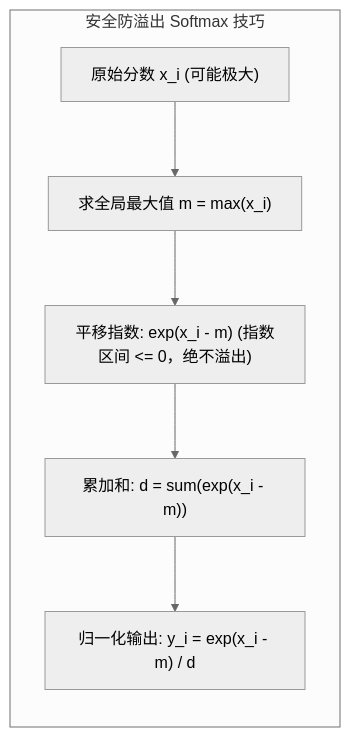
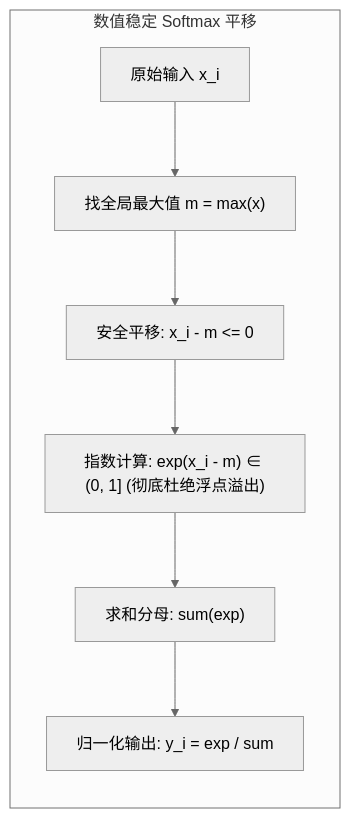
Before and after one commit to hsthanb4/hpclearning: the first of 2 diagrams in cuda/lesson06_softmax_naive.qmd, drawn with Mermaid (neutral theme). The commit also changed other lines of this file and 89 other files, not shown here.

Commit message:
style(docs): relocate images and diagrams adjacent to their textual references across all lessons

````diff
--- a/cuda/lesson06_softmax_naive.qmd
+++ b/cuda/lesson06_softmax_naive.qmd
@@ -30,10 +38,10 @@
 ```{mermaid}
 flowchart LR
-    subgraph StableSoftmax["安全防溢出 Softmax 技巧"]
-        direction TB
-        Raw["原始分数 x_i (可能极大)"] --> Max["求全局最大值 m = max(x_i)"]
-        Max --> Shift["平移指数: exp(x_i - m) (指数区间 <= 0，绝不溢出)"]
-        Shift --> Sum["累加和: d = sum(exp(x_i - m))"]
-        Sum --> Div["归一化输出: y_i = exp(x_i - m) / d"]
+    subgraph SafeSoftmax["数值稳定 Softmax 平移"]
+        X["原始输入 x_i"] --> Max["找全局最大值 m = max(x)"]
+        Max --> Shift["安全平移: x_i - m <= 0"]
+        Shift --> Exp["指数计算: exp(x_i - m) ∈ (0, 1] (彻底杜绝浮点溢出)"]
+        Exp --> Sum["求和分母: sum(exp)"]
+        Sum --> Div["归一化输出: y_i = exp / sum"]
     end
 ```
````
